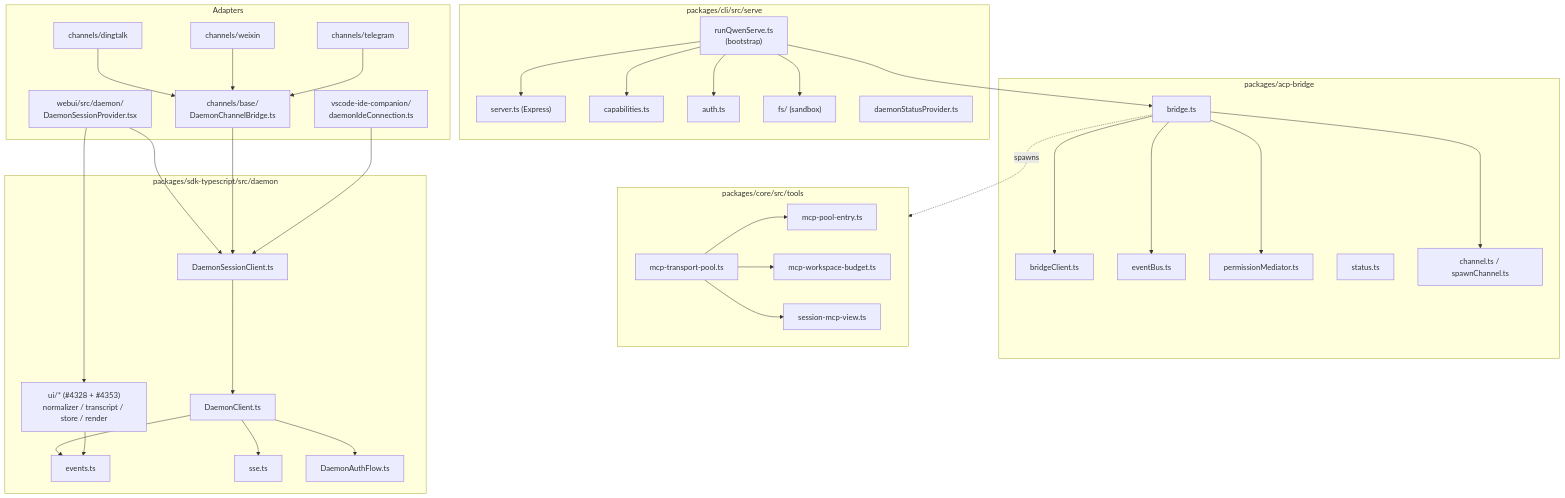
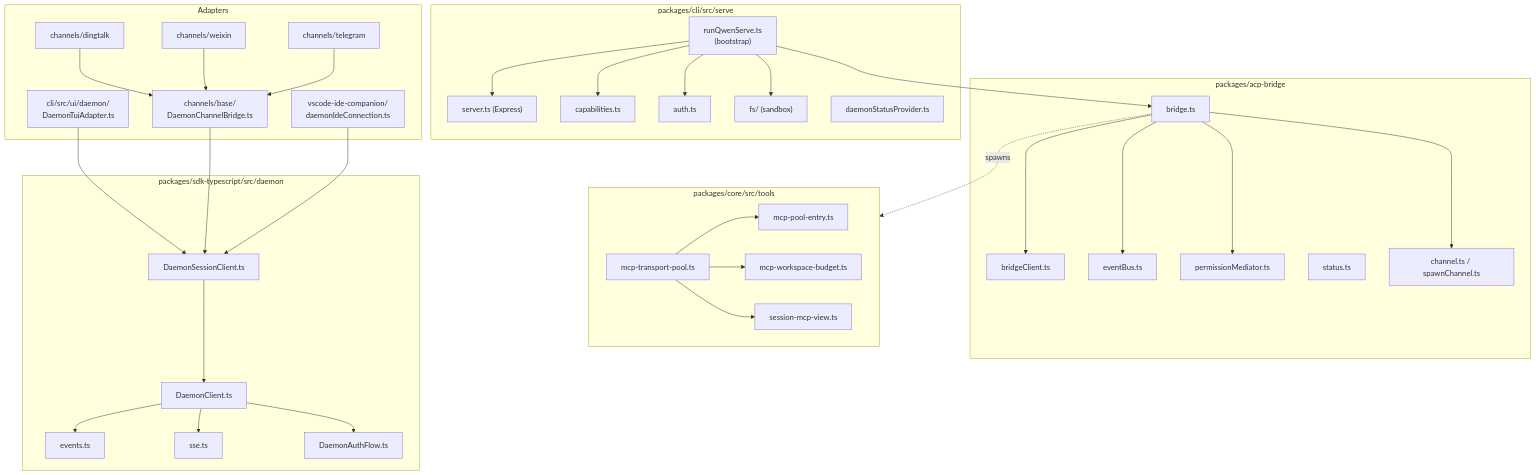
One commit to QwenLM/qwen-code changed the second of 7 diagrams in docs/developers/daemon/01-architecture.md. Above: the diagram before and after it, drawn with Mermaid. The commit also changed other lines of this file and 23 other files, not shown here.

````diff
--- a/docs/developers/daemon/01-architecture.md
+++ b/docs/developers/daemon/01-architecture.md
@@ -67,75 +62,72 @@
 ```mermaid
 flowchart TB
     subgraph serve["packages/cli/src/serve"]
         RQS["runQwenServe.ts<br/>(bootstrap)"]
         SRV["server.ts (Express)"]
         CAP["capabilities.ts"]
         AUTH["auth.ts"]
         FSM["fs/ (sandbox)"]
         DSP["daemonStatusProvider.ts"]
     end
 
     subgraph br["packages/acp-bridge"]
         BR2["bridge.ts"]
         BC2["bridgeClient.ts"]
         EB2["eventBus.ts"]
         MED2["permissionMediator.ts"]
         ST2["status.ts"]
         CH2["channel.ts / spawnChannel.ts"]
     end
 
     subgraph core["packages/core/src/tools"]
         POOL2["mcp-transport-pool.ts"]
         ENT["mcp-pool-entry.ts"]
         WBG["mcp-workspace-budget.ts"]
         SMV["session-mcp-view.ts"]
     end
 
     subgraph sdk["packages/sdk-typescript/src/daemon"]
         DC["DaemonClient.ts"]
         DSC["DaemonSessionClient.ts"]
         EVT["events.ts"]
         SSE["sse.ts"]
         AUTHF["DaemonAuthFlow.ts"]
-        UI["ui/* (#4328 + #4353)<br/>normalizer / transcript / store / render"]
     end
 
     subgraph adapters["Adapters"]
-        WUIP["webui/src/daemon/<br/>DaemonSessionProvider.tsx"]
+        TUIA["cli/src/ui/daemon/<br/>DaemonTuiAdapter.ts"]
         CHB["channels/base/<br/>DaemonChannelBridge.ts"]
         DT["channels/dingtalk"]
         WX["channels/weixin"]
         TG["channels/telegram"]
         IDEA["vscode-ide-companion/<br/>daemonIdeConnection.ts"]
     end
 
     RQS --> SRV
     RQS --> CAP
     RQS --> AUTH
     RQS --> FSM
     RQS --> BR2
 
     BR2 --> BC2
     BR2 --> EB2
     BR2 --> MED2
     BR2 --> CH2
 
     BR2 -.spawns.-> core
     POOL2 --> ENT
     POOL2 --> WBG
     POOL2 --> SMV
 
-    WUIP --> DSC
-    WUIP --> UI
+    TUIA --> DSC
     CHB --> DSC
     DT --> CHB
     WX --> CHB
     TG --> CHB
     IDEA --> DSC
 
     DSC --> DC
     DC --> EVT
     DC --> SSE
     DC --> AUTHF
-    UI --> EVT
 ```
````
